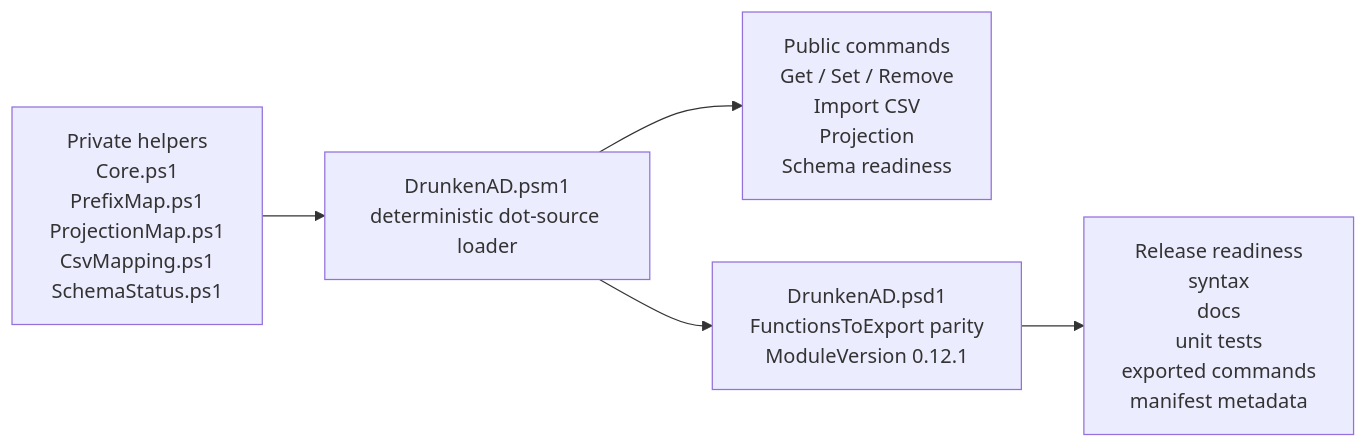
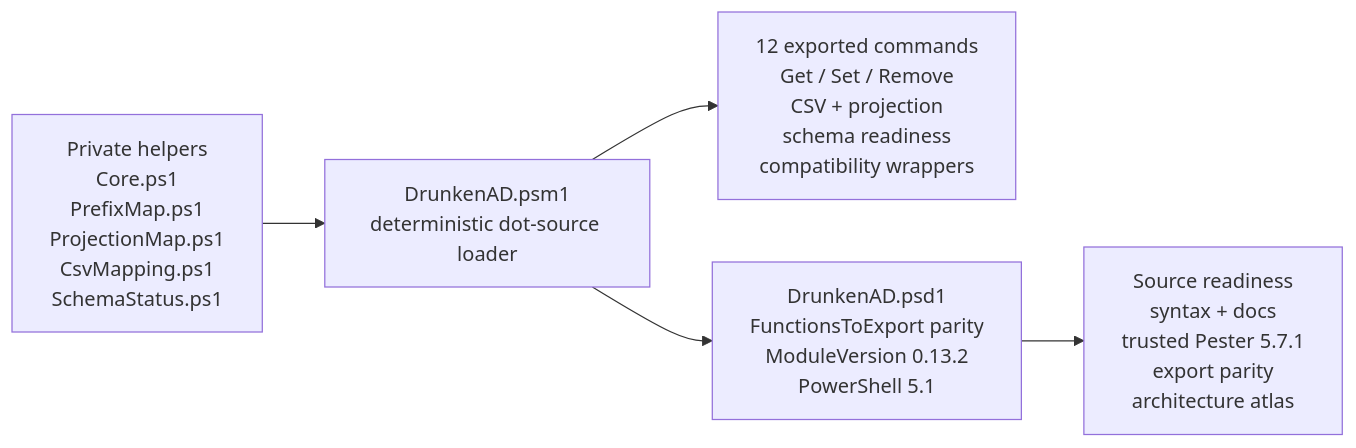
One commit to jonathanweinberg/DrunkenAD changed the diagram in docs/diagrams/module-layout.mmd. Above: the diagram before and after it, drawn with Mermaid. The commit also changed 22 other files, not shown here.

```diff
--- a/docs/diagrams/module-layout.mmd
+++ b/docs/diagrams/module-layout.mmd
@@ -1,11 +1,11 @@
 flowchart LR
     PRIVATE["Private helpers<br/>Core.ps1<br/>PrefixMap.ps1<br/>ProjectionMap.ps1<br/>CsvMapping.ps1<br/>SchemaStatus.ps1"]
     ROOT["DrunkenAD.psm1<br/>deterministic dot-source loader"]
-    PUBLIC["Public commands<br/>Get / Set / Remove<br/>Import CSV<br/>Projection<br/>Schema readiness"]
-    MANIFEST["DrunkenAD.psd1<br/>FunctionsToExport parity<br/>ModuleVersion 0.12.1"]
-    RELEASE["Release readiness<br/>syntax<br/>docs<br/>unit tests<br/>exported commands<br/>manifest metadata"]
+    PUBLIC["12 exported commands<br/>Get / Set / Remove<br/>CSV + projection<br/>schema readiness<br/>compatibility wrappers"]
+    MANIFEST["DrunkenAD.psd1<br/>FunctionsToExport parity<br/>ModuleVersion 0.13.2<br/>PowerShell 5.1"]
+    RELEASE["Source readiness<br/>syntax + docs<br/>trusted Pester 5.7.1<br/>export parity<br/>architecture atlas"]
 
     PRIVATE --> ROOT
     ROOT --> PUBLIC
     ROOT --> MANIFEST
     MANIFEST --> RELEASE
```
